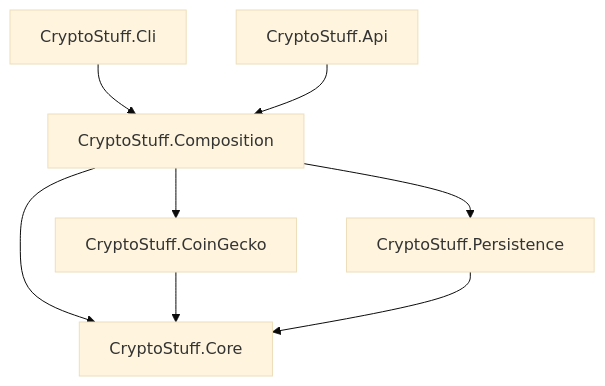
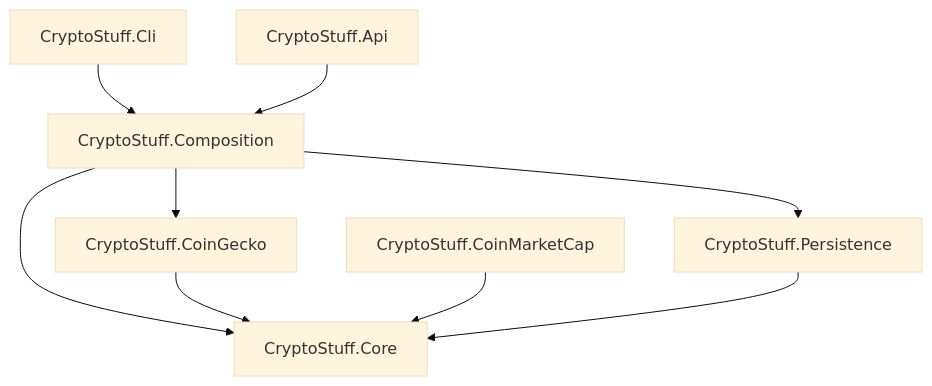
Before and after one commit to lgamorim/cryptostuff: the diagram in README.md, drawn with Mermaid (base theme). The commit also changed other lines of this file and 31 other files, not shown here.

First line of the commit message:
Add a CoinMarketCap API client beside CoinGecko's

````diff
--- a/README.md
+++ b/README.md
@@ -52,10 +53,11 @@
 ```mermaid
 graph TD
     Cli[CryptoStuff.Cli] --> Composition[CryptoStuff.Composition]
     Api[CryptoStuff.Api] --> Composition
     Composition --> CoinGecko[CryptoStuff.CoinGecko]
     Composition --> Persistence[CryptoStuff.Persistence]
     Composition --> Core[CryptoStuff.Core]
     CoinGecko --> Core
+    CoinMarketCap[CryptoStuff.CoinMarketCap] --> Core
     Persistence --> Core
 ```
````
